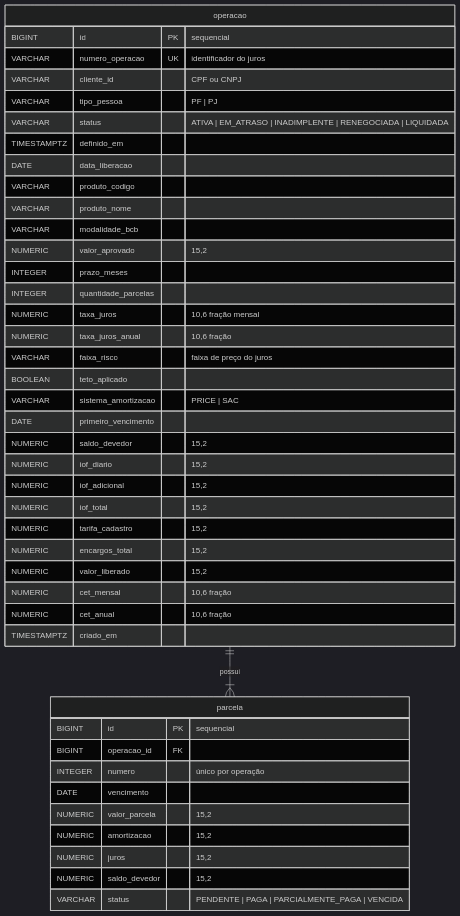
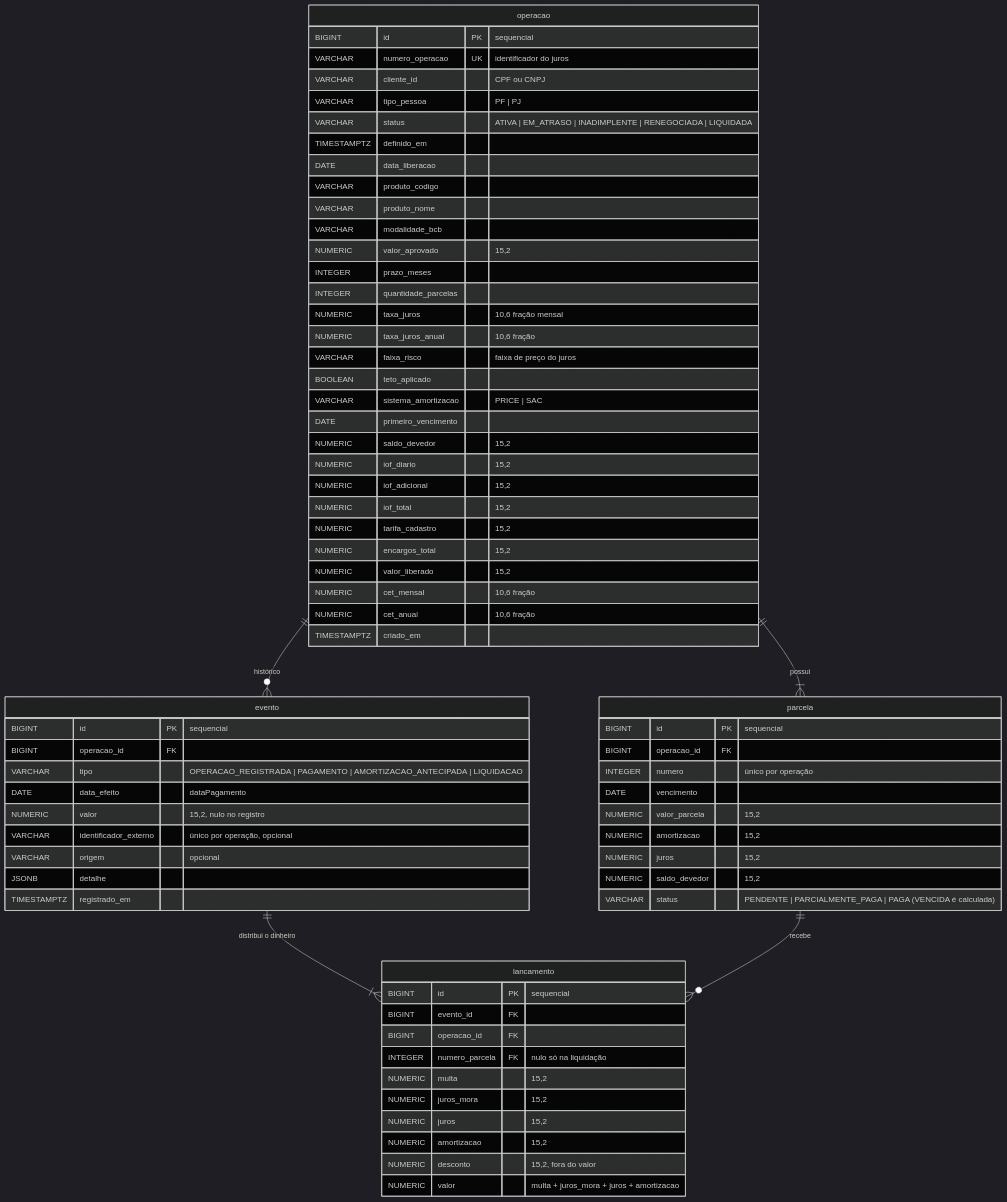
The fourth of 5 diagrams in docs/architecture/diagrams/README.md (unicsul-finops/financial-operations-service), drawn with Mermaid (dark theme) before and after one commit. The commit also changed other lines of this file and 9 other files, not shown here.

````diff
--- a/docs/architecture/diagrams/README.md
+++ b/docs/architecture/diagrams/README.md
@@ -74,48 +74,76 @@
 ```mermaid
 erDiagram
     operacao ||--|{ parcela : "possui"
+    operacao ||--o{ evento : "histórico"
+    evento ||--|{ lancamento : "distribui o dinheiro"
+    parcela ||--o{ lancamento : "recebe"
 
     operacao {
         BIGINT id PK "sequencial"
         VARCHAR numero_operacao UK "identificador do juros"
         VARCHAR cliente_id "CPF ou CNPJ"
         VARCHAR tipo_pessoa "PF | PJ"
         VARCHAR status "ATIVA | EM_ATRASO | INADIMPLENTE | RENEGOCIADA | LIQUIDADA"
         TIMESTAMPTZ definido_em
         DATE data_liberacao
         VARCHAR produto_codigo
         VARCHAR produto_nome
         VARCHAR modalidade_bcb
         NUMERIC valor_aprovado "15,2"
         INTEGER prazo_meses
         INTEGER quantidade_parcelas
         NUMERIC taxa_juros "10,6 fração mensal"
         NUMERIC taxa_juros_anual "10,6 fração"
         VARCHAR faixa_risco "faixa de preço do juros"
         BOOLEAN teto_aplicado
         VARCHAR sistema_amortizacao "PRICE | SAC"
         DATE primeiro_vencimento
         NUMERIC saldo_devedor "15,2"
         NUMERIC iof_diario "15,2"
         NUMERIC iof_adicional "15,2"
         NUMERIC iof_total "15,2"
         NUMERIC tarifa_cadastro "15,2"
         NUMERIC encargos_total "15,2"
         NUMERIC valor_liberado "15,2"
         NUMERIC cet_mensal "10,6 fração"
         NUMERIC cet_anual "10,6 fração"
         TIMESTAMPTZ criado_em
     }
 
     parcela {
         BIGINT id PK "sequencial"
         BIGINT operacao_id FK
         INTEGER numero "único por operação"
         DATE vencimento
         NUMERIC valor_parcela "15,2"
         NUMERIC amortizacao "15,2"
         NUMERIC juros "15,2"
         NUMERIC saldo_devedor "15,2"
-        VARCHAR status "PENDENTE | PAGA | PARCIALMENTE_PAGA | VENCIDA"
+        VARCHAR status "PENDENTE | PARCIALMENTE_PAGA | PAGA (VENCIDA é calculada)"
+    }
+
+    evento {
+        BIGINT id PK "sequencial"
+        BIGINT operacao_id FK
+        VARCHAR tipo "OPERACAO_REGISTRADA | PAGAMENTO | AMORTIZACAO_ANTECIPADA | LIQUIDACAO"
+        DATE data_efeito "dataPagamento"
+        NUMERIC valor "15,2, nulo no registro"
+        VARCHAR identificador_externo "único por operação, opcional"
+        VARCHAR origem "opcional"
+        JSONB detalhe
+        TIMESTAMPTZ registrado_em
+    }
+
+    lancamento {
+        BIGINT id PK "sequencial"
+        BIGINT evento_id FK
+        BIGINT operacao_id FK
+        INTEGER numero_parcela FK "nulo só na liquidação"
+        NUMERIC multa "15,2"
+        NUMERIC juros_mora "15,2"
+        NUMERIC juros "15,2"
+        NUMERIC amortizacao "15,2"
+        NUMERIC desconto "15,2, fora do valor"
+        NUMERIC valor "multa + juros_mora + juros + amortizacao"
     }
 ```
````
